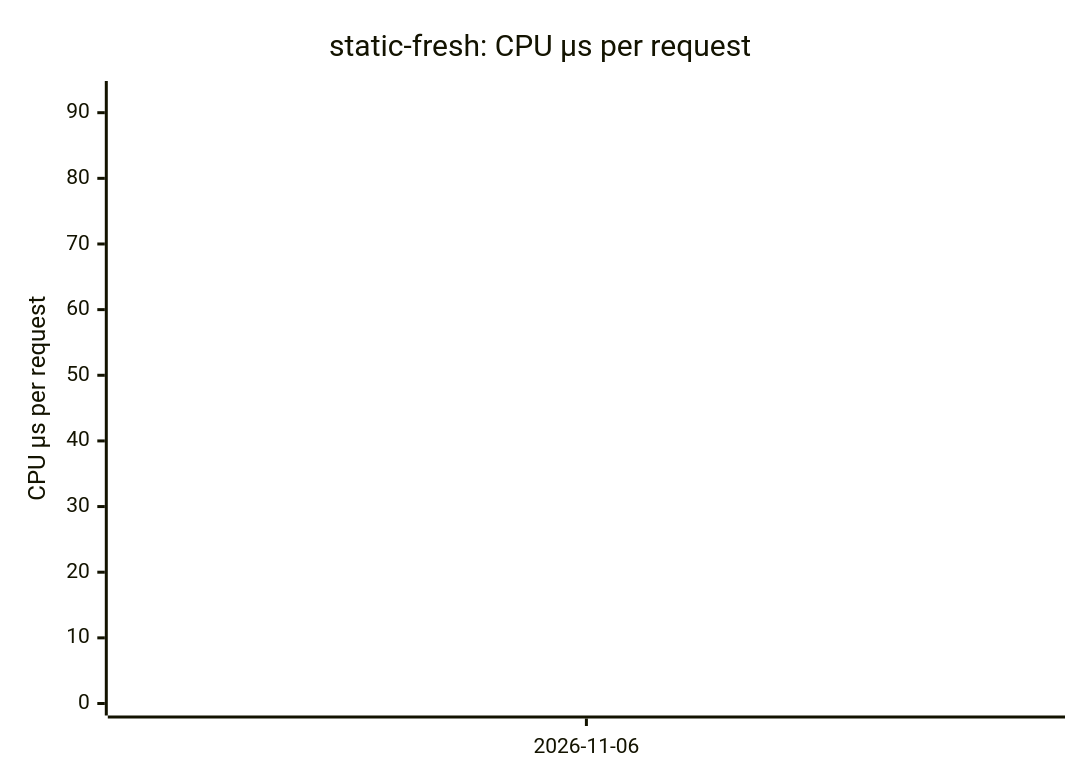
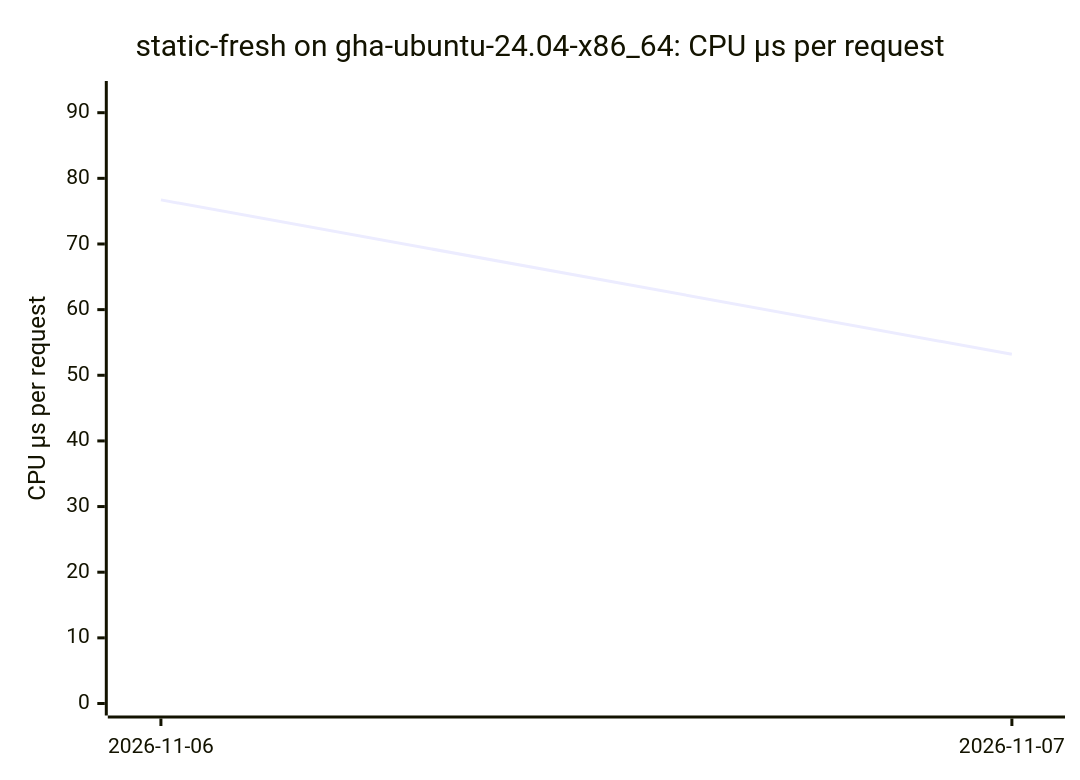
Before and after one commit to ThePixelPilgrim/durchlauferhitzer: the third of 14 diagrams in BENCHMARKS.md, drawn with Mermaid. The commit also changed other lines of this file and 1 other file, not shown here.

````diff
--- a/BENCHMARKS.md
+++ b/BENCHMARKS.md
@@ -43,7 +44,7 @@
 ```mermaid
 xychart-beta
-  title "static-fresh: CPU µs per request"
-  x-axis ["2026-11-06"]
+  title "static-fresh on gha-ubuntu-24.04-x86_64: CPU µs per request"
+  x-axis ["2026-11-06", "2026-11-07"]
   y-axis "CPU µs per request" 0 --> 93
-  line [76.72]
+  line [76.72, 53.20]
 ```
````
